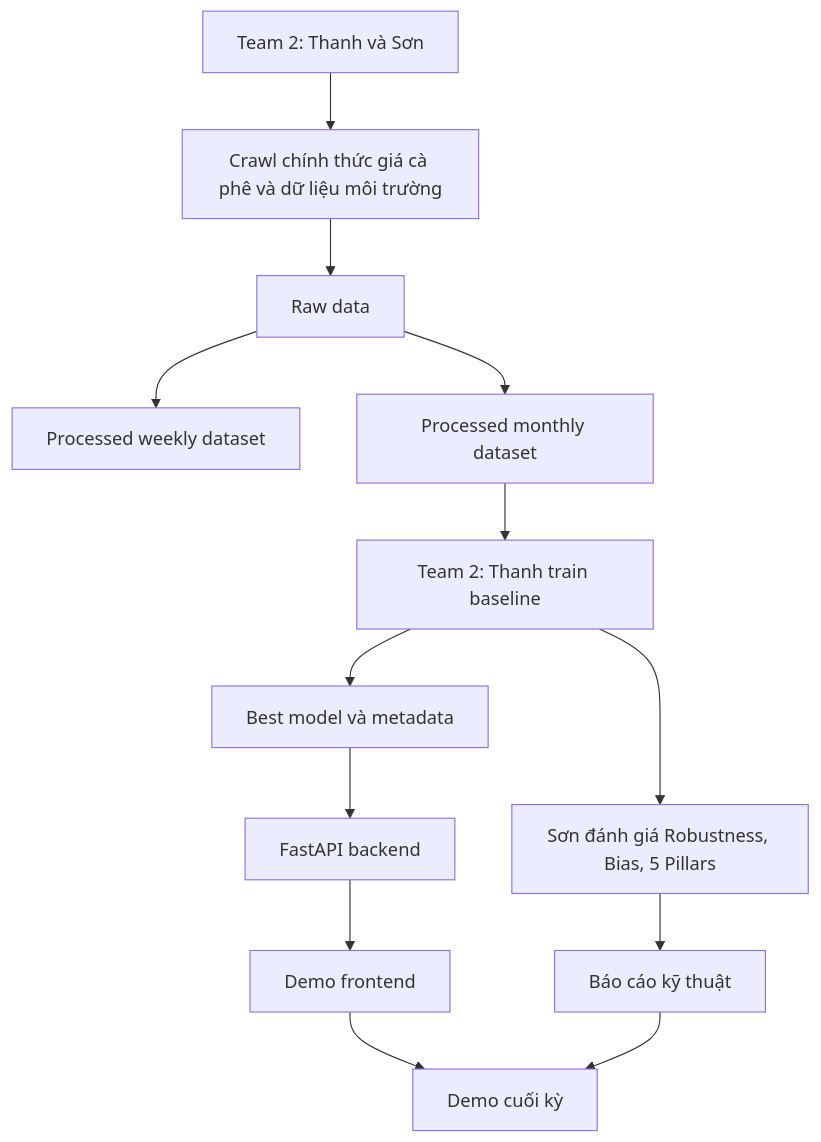
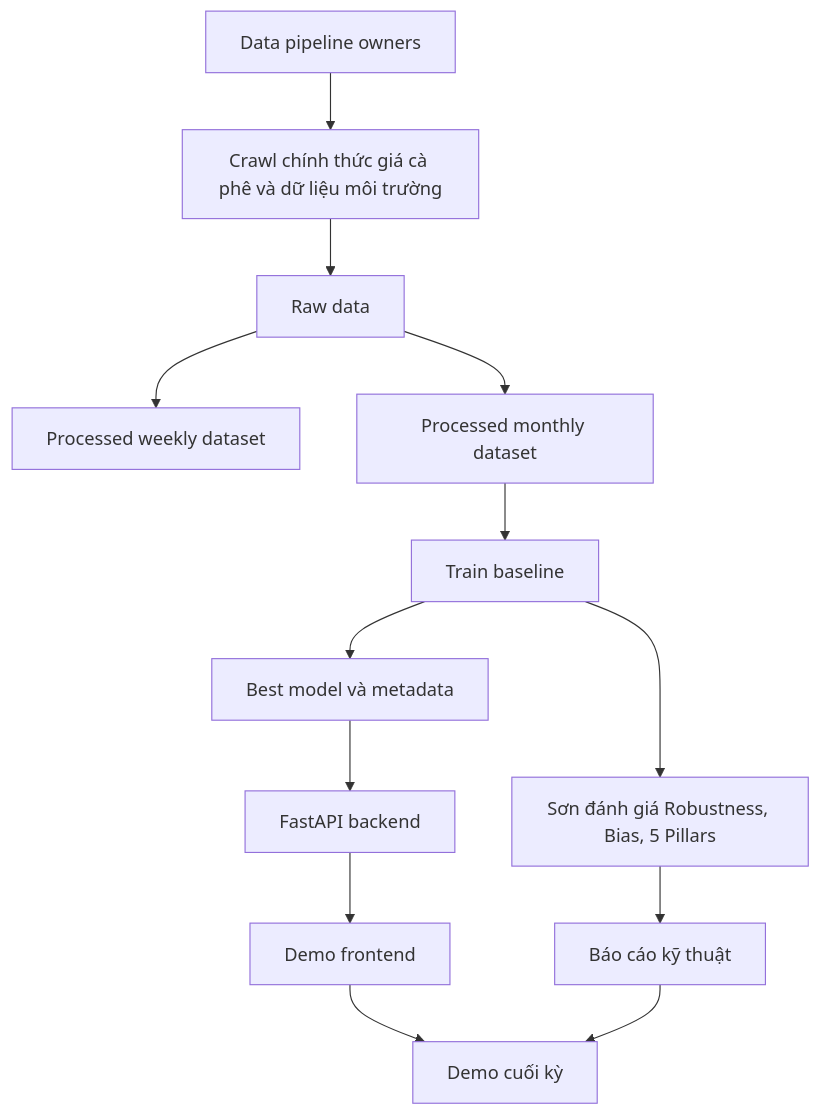
Before and after one commit to uit-25730067-chithanh/AI002-Team22-DT10: the first of 8 diagrams in docs/project-roadmap.md, drawn with Mermaid. The commit also changed other lines of this file and 21 other files, not shown here.

````diff
--- a/docs/project-roadmap.md
+++ b/docs/project-roadmap.md
@@ -9,15 +9,15 @@
 ```mermaid
 flowchart TD
-    A[Team 2: Thanh và Sơn] --> B[Crawl chính thức giá cà phê và dữ liệu môi trường]
+    A[Data pipeline owners] --> B[Crawl chính thức giá cà phê và dữ liệu môi trường]
     B --> C[Raw data]
     C --> D[Processed weekly dataset]
     C --> E[Processed monthly dataset]
-    E --> F[Team 2: Thanh train baseline]
+    E --> F[Train baseline]
     F --> G[Best model và metadata]
     G --> H[FastAPI backend]
     H --> I[Demo frontend]
     F --> J[Sơn đánh giá Robustness, Bias, 5 Pillars]
     J --> K[Báo cáo kỹ thuật]
     I --> L[Demo cuối kỳ]
     K --> L
 ```
````
